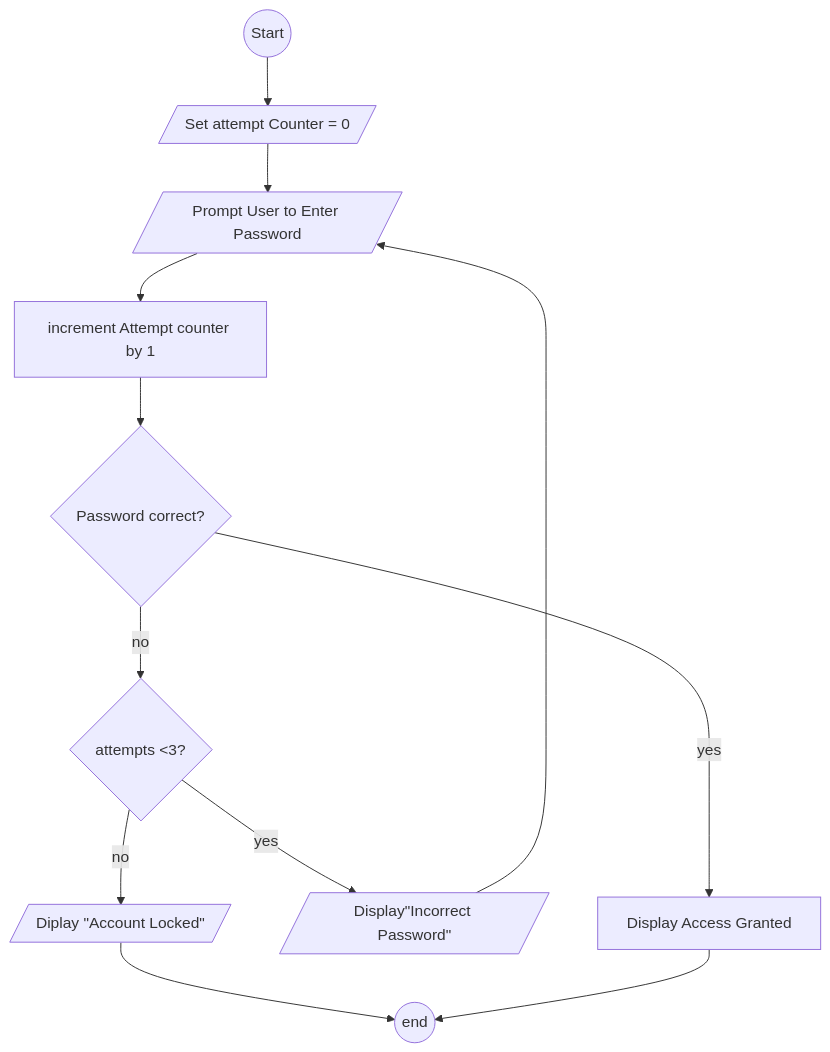
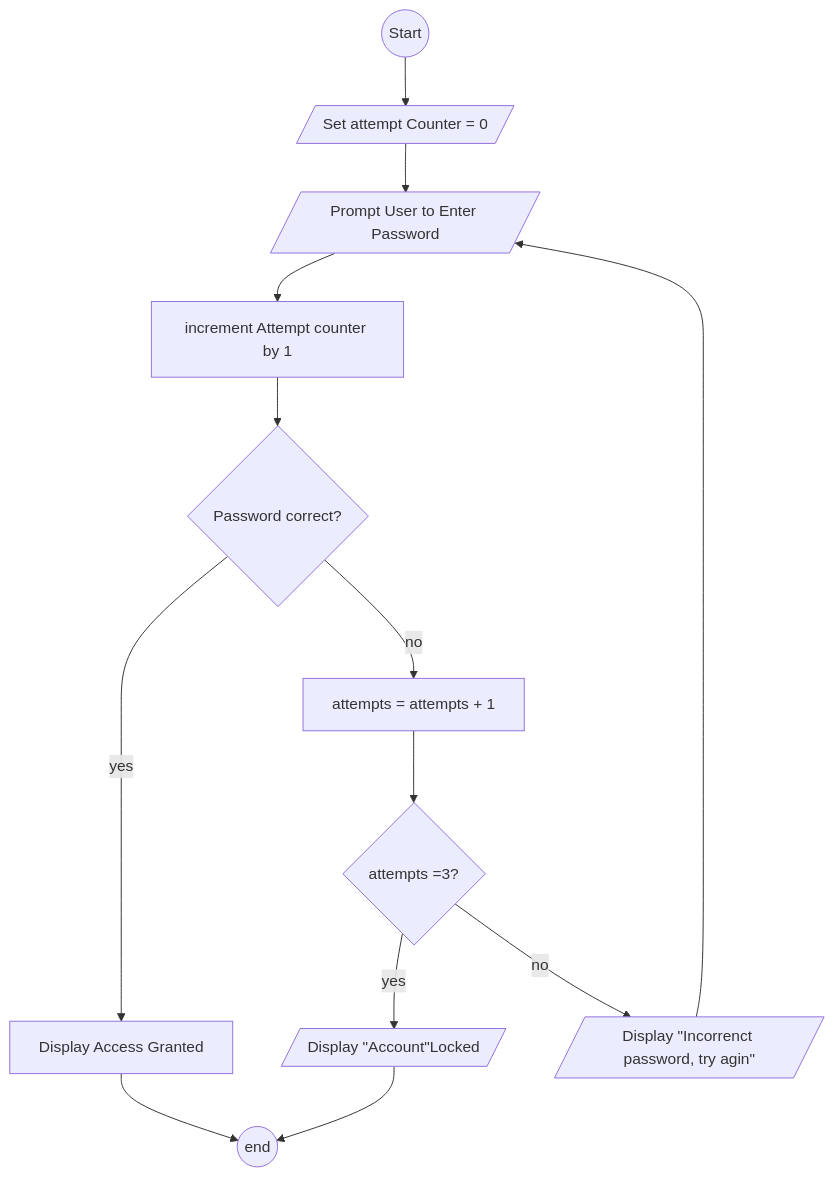
One commit to HermanKumo/Mermaid- changed the diagram in Mermaid visual Studio Code/Login System.md. Above: the diagram before and after it, drawn with Mermaid. The commit also changed 6 other files, not shown here.

````diff
--- a/Mermaid visual Studio Code/Login System.md
+++ b/Mermaid visual Studio Code/Login System.md
@@ -1,15 +1,17 @@
 ```mermaid
 graph TD
-    
+
     Start((Start))-->Counter0[/Set attempt Counter = 0/]
     Counter0-->Password[/Prompt User to Enter Password/]
     Password-->attempt2[increment Attempt counter by 1]
     attempt2-->check{Password correct?}
     check--yes-->AccessGranted[Display Access Granted]
-    check--no -->check2{attempts <3?}
-    check2--yes-->wrong[/Display"Incorrect Password"/]
-    check2--no -->lock[/Diplay "Account Locked"/]
-    wrong-->Password
-    lock-->End((end))
-    AccessGranted-->End
+    AccessGranted-->End((end))
+    check--no -->Attempts[attempts = attempts + 1]
+    Attempts-->check2{attempts =3?}
+    check2--yes-->lock[/Display "Account"Locked/]
+    lock-->End
+    check2--no -->Try[/Display "Incorrenct password, try agin"/]
+    Try-->Password
+
 ```
````
